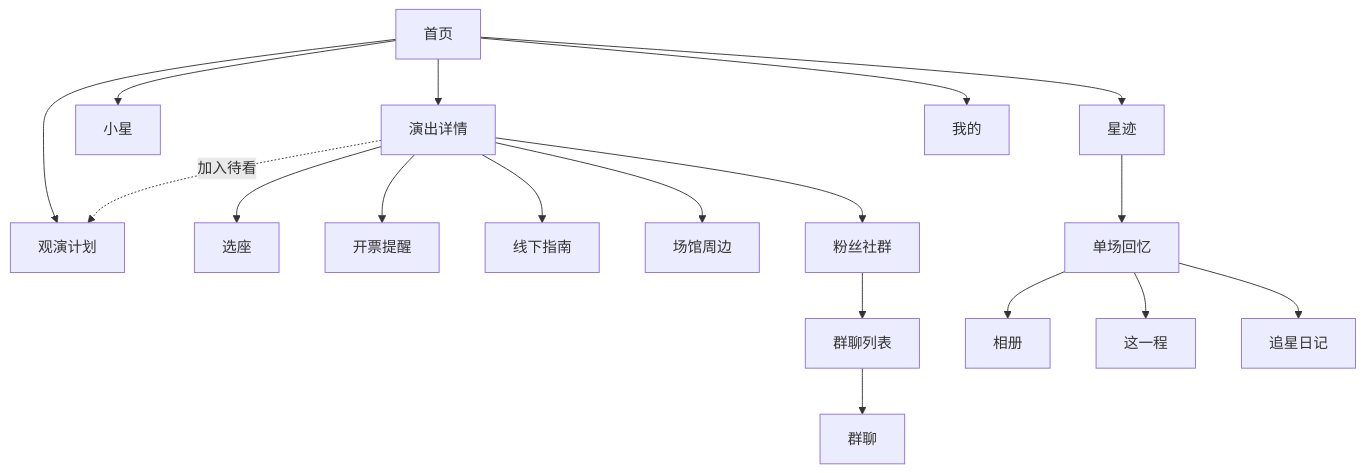
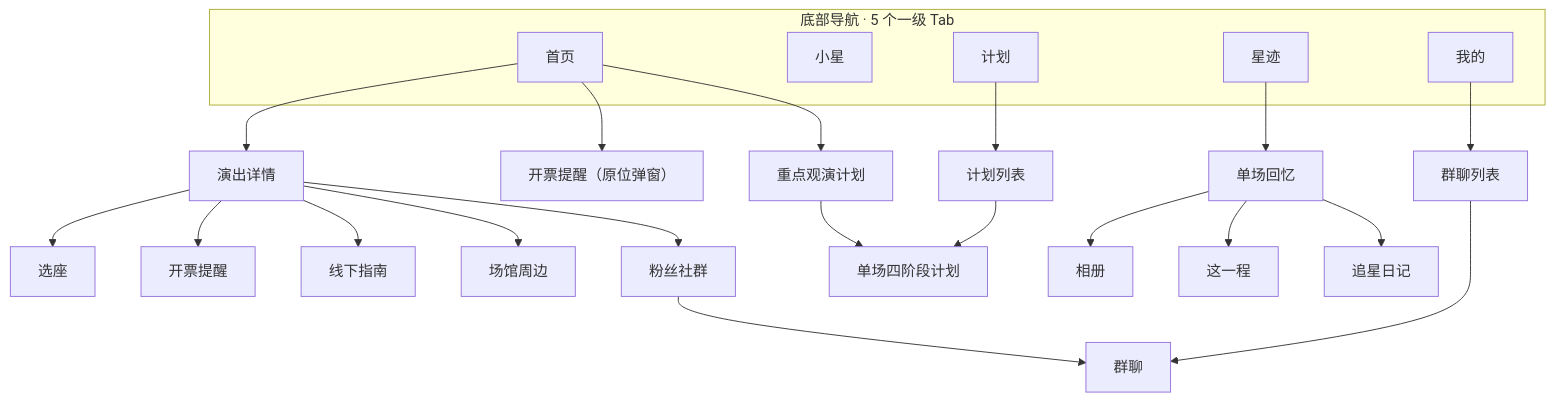
The third of 5 diagrams in README.md (zz10965-alt/starshows-mobile), drawn with Mermaid before and after one commit. The commit also changed other lines of this file and 1 other file, not shown here.

First line of the commit message:
docs: 按 index.html 校核 README，补移动端截图

````diff
--- a/README.md
+++ b/README.md
@@ -173,19 +170,28 @@
 ```mermaid
 flowchart TD
-    Home[首页] --> Detail[演出详情]
-    Home --> Chat[小星]
-    Home --> Plan[观演计划]
-    Home --> Mem[星迹]
-    Home --> Mine[我的]
+    subgraph Tabs[底部导航 · 5 个一级 Tab]
+        Home[首页]
+        Chat[小星]
+        Plan[计划]
+        Mem[星迹]
+        Mine[我的]
+    end
+    Home --> Detail[演出详情]
+    Home --> OnSalePop[开票提醒（原位弹窗）]
+    Home --> Feat[重点观演计划]
     Detail --> Seat[选座]
     Detail --> OnSale[开票提醒]
     Detail --> Host[线下指南]
     Detail --> POI[场馆周边]
     Detail --> Comm[粉丝社群]
-    Detail -.加入待看.-> Plan
-    Comm --> GList[群聊列表] --> GChat[群聊]
+    Comm --> GChat[群聊]
+    Mine --> GList[群聊列表]
+    GList --> GChat
+    Plan --> PlanList[计划列表]
+    PlanList --> Stage[单场四阶段计划]
+    Feat --> Stage
     Mem --> MemDetail[单场回忆]
     MemDetail --> Album[相册]
     MemDetail --> Journey[这一程]
     MemDetail --> Diary[追星日记]
 ```
````
